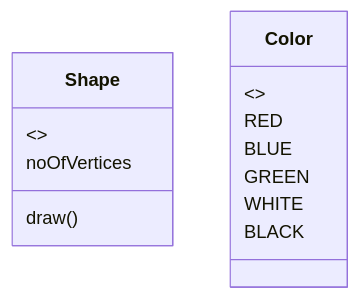
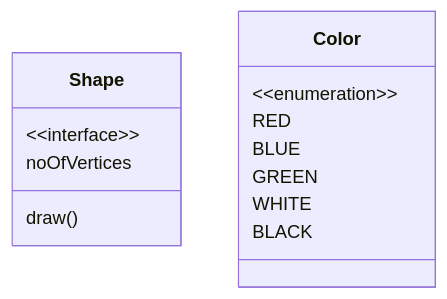
Before and after one commit to yanjinzh6/notes: the eighth of 9 diagrams in development/markdown/markdown-mermaid-class-diagram.md, drawn with Mermaid. The commit also changed other lines of this file and 1 other file, not shown here.

Commit message:
docs(development): 修改文档, hexo-filter-mermaid-diagrams 插件不支持 <<>>, 使用转移代替

````diff
--- a/development/markdown/markdown-mermaid-class-diagram.md
+++ b/development/markdown/markdown-mermaid-class-diagram.md
@@ -220,16 +220,16 @@
 ```mermaid
 classDiagram
   class Shape{
-    <escape><<interface>></escape>
+    &lt;&lt;interface&gt;&gt;
     noOfVertices
     draw()
   }
   class Color{
-    <escape><<enumeration>></escape>
+    &lt;&lt;enumeration&gt;&gt;
     RED
     BLUE
     GREEN
     WHITE
     BLACK
   }
 ```
````
